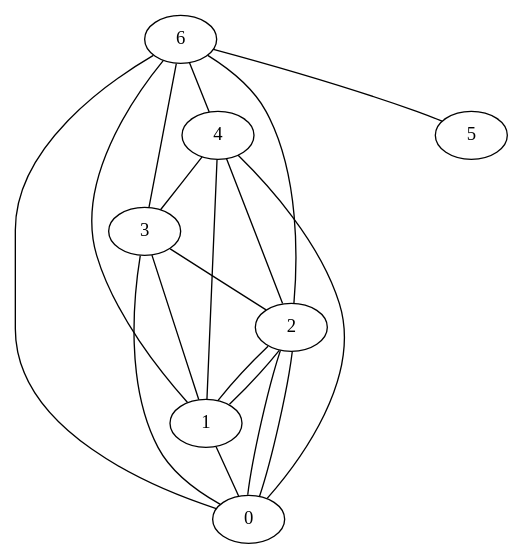
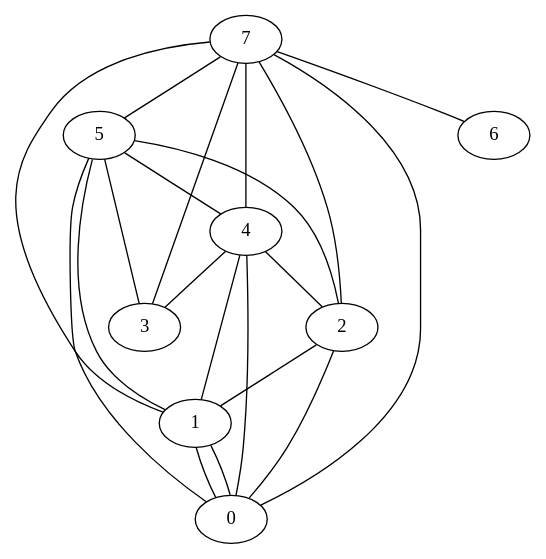
Before and after one commit to denizsurmeli/random-graph-generator: the diagram in feeds/out/O-9-8-8-HH.dot, drawn with Graphviz. The commit also changed 332 other files, not shown here.

```diff
--- a/feeds/out/O-9-8-8-HH.dot
+++ b/feeds/out/O-9-8-8-HH.dot
@@ -1,27 +1,30 @@
 graph G {
 0;
 1;
 2;
 3;
 4;
 5;
 6;
-6--0 ;
-6--1 ;
-6--2 ;
-6--3 ;
-6--4 ;
-6--5 ;
+7;
+7--0 ;
+7--1 ;
+7--2 ;
+7--3 ;
+7--4 ;
+7--5 ;
+7--6 ;
+5--0 ;
+5--1 ;
+5--2 ;
+5--3 ;
+5--4 ;
 4--0 ;
 4--1 ;
 4--2 ;
 4--3 ;
-3--0 ;
-3--1 ;
-3--2 ;
-2--0 ;
-2--1 ;
 2--0 ;
 2--1 ;
 1--0 ;
+1--0 ;
 }
```
